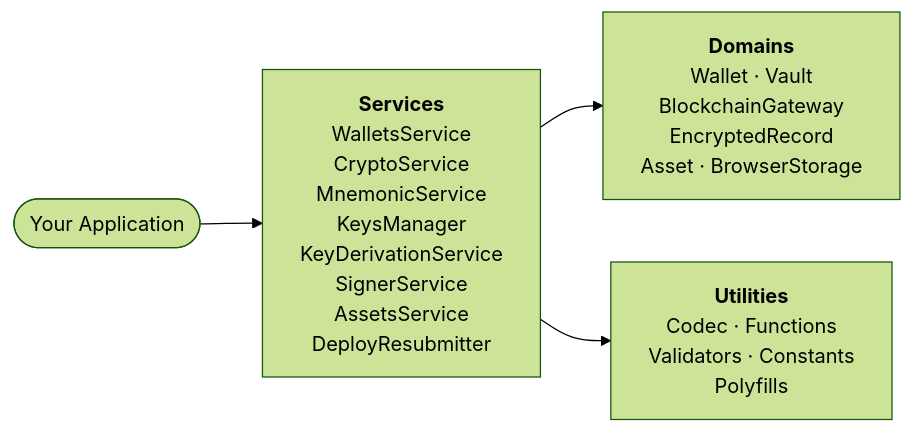
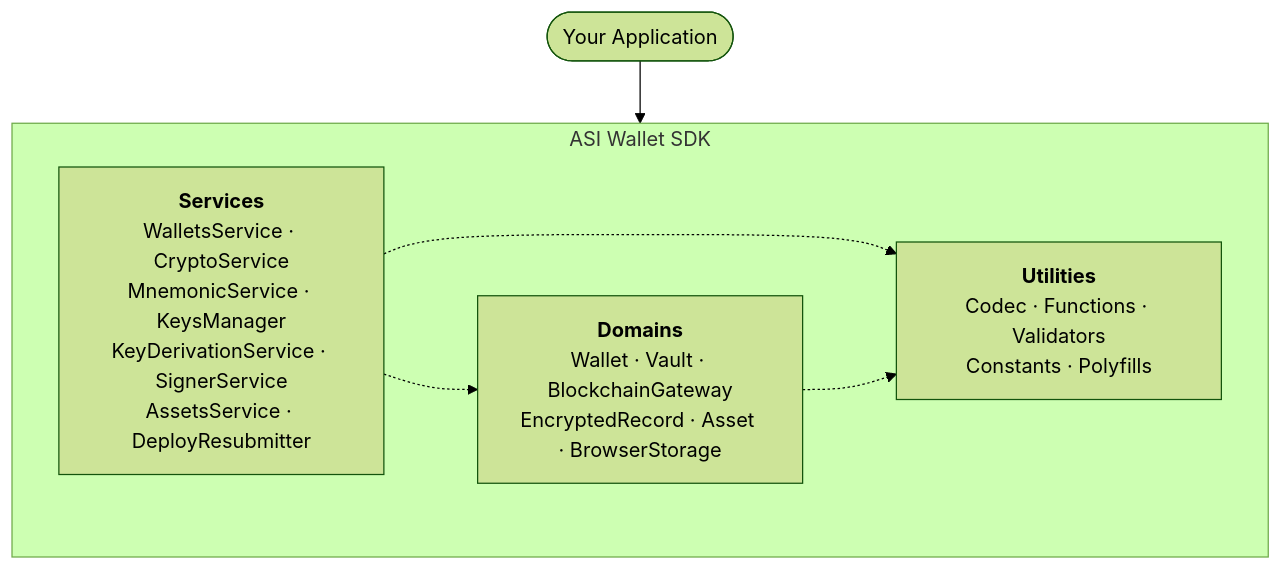
One commit to asi-alliance/asi-chain-docs-portal changed the fifth of 6 diagrams in wallet-sdk/overview/index.md. Above: the diagram before and after it, drawn with Mermaid (forest theme). The commit also changed other lines of this file, not shown here.

Commit message:
[AS-571] Add 6 tree-style mermaid diagram variations

````diff
--- a/wallet-sdk/overview/index.md
+++ b/wallet-sdk/overview/index.md
@@ -142,6 +148,14 @@
 ```mermaid
-graph LR
-    A(["Your Application"]) --> S["<b>Services</b><br/>WalletsService<br/>CryptoService<br/>MnemonicService<br/>KeysManager<br/>KeyDerivationService<br/>SignerService<br/>AssetsService<br/>DeployResubmitter"]
-    S --> D["<b>Domains</b><br/>Wallet · Vault<br/>BlockchainGateway<br/>EncryptedRecord<br/>Asset · BrowserStorage"]
-    S --> U["<b>Utilities</b><br/>Codec · Functions<br/>Validators · Constants<br/>Polyfills"]
+flowchart TB
+    A(["Your Application"]) --> SDK
+
+    subgraph SDK["ASI Wallet SDK"]
+        S["<b>Services</b><br/>WalletsService · CryptoService<br/>MnemonicService · KeysManager<br/>KeyDerivationService · SignerService<br/>AssetsService · DeployResubmitter"]
+        D["<b>Domains</b><br/>Wallet · Vault · BlockchainGateway<br/>EncryptedRecord · Asset · BrowserStorage"]
+        U["<b>Utilities</b><br/>Codec · Functions · Validators<br/>Constants · Polyfills"]
+    end
+
+    S -.-> D
+    S -.-> U
+    D -.-> U
 ```
````
